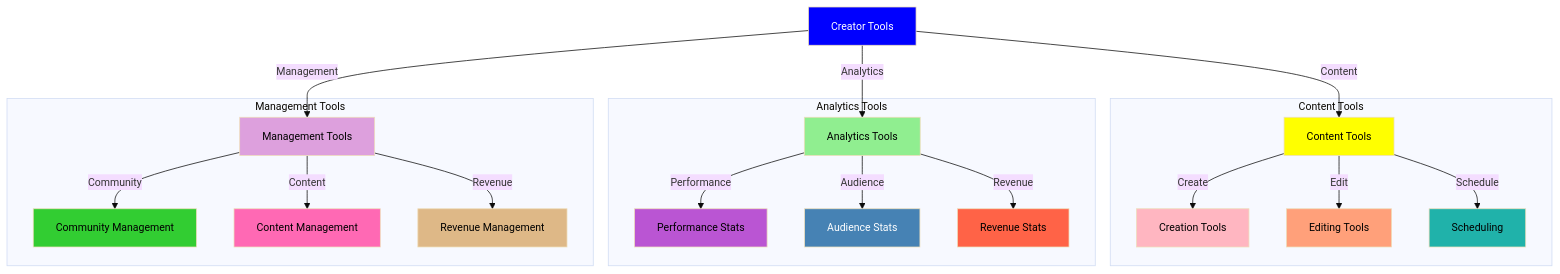
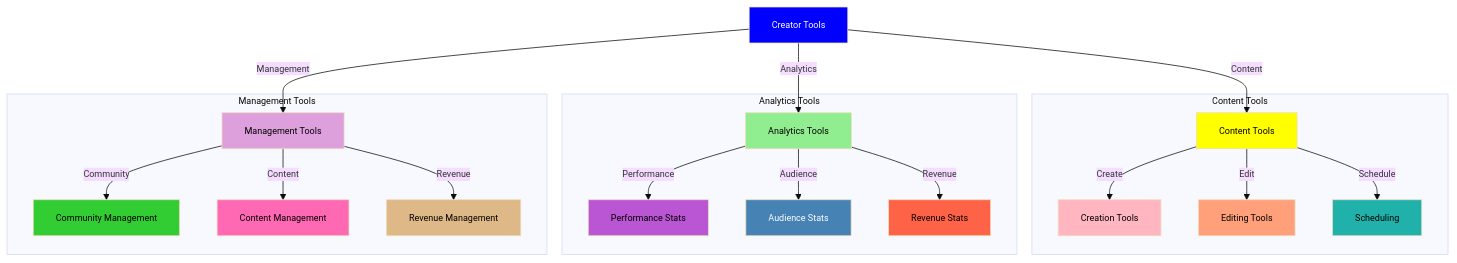
Before and after one commit to MEMEFANS/memefans: diagram 12 of 13 in docs/whitepaper/product-features.md, drawn with Mermaid. The commit also changed other lines of this file, not shown here.

First line of the commit message:
style: further reduce diagram size and spacing

```diff
--- a/docs/whitepaper/product-features.md
+++ b/docs/whitepaper/product-features.md
@@ -782,39 +783,39 @@
 <div class="mermaid">
-%%{init: {'theme': 'base', 'themeVariables': { 'fontSize': '14px' }}}%%
+%%{init: {'theme': 'base', 'themeVariables': { 'fontSize': '12px', 'nodeSpacing': 40, 'rankSpacing': 40 }}}%%
 graph TD
     A[Creator Tools] -->|Content| B[Content Tools]
     A -->|Analytics| C[Analytics Tools]
     A -->|Management| D[Management Tools]
     
     subgraph Content Tools
     B -->|Create| E[Creation Tools]
     B -->|Edit| F[Editing Tools]
     B -->|Schedule| G[Scheduling]
     end
     
     subgraph Analytics Tools
     C -->|Performance| H[Performance Stats]
     C -->|Audience| I[Audience Stats]
     C -->|Revenue| J[Revenue Stats]
     end
     
     subgraph Management Tools
     D -->|Community| K[Community Management]
     D -->|Content| L[Content Management]
     D -->|Revenue| M[Revenue Management]
     end
     
     style A fill:#0000FF,color:#FFFFFF
     style B fill:#FFFF00,color:#000000
     style C fill:#90EE90,color:#000000
     style D fill:#DDA0DD,color:#000000
     style E fill:#FFB6C1,color:#000000
     style F fill:#FFA07A,color:#000000
     style G fill:#20B2AA,color:#000000
     style H fill:#BA55D3,color:#000000
     style I fill:#4682B4,color:#FFFFFF
     style J fill:#FF6347,color:#000000
     style K fill:#32CD32,color:#000000
     style L fill:#FF69B4,color:#000000
     style M fill:#DEB887,color:#000000
 </div>
```
